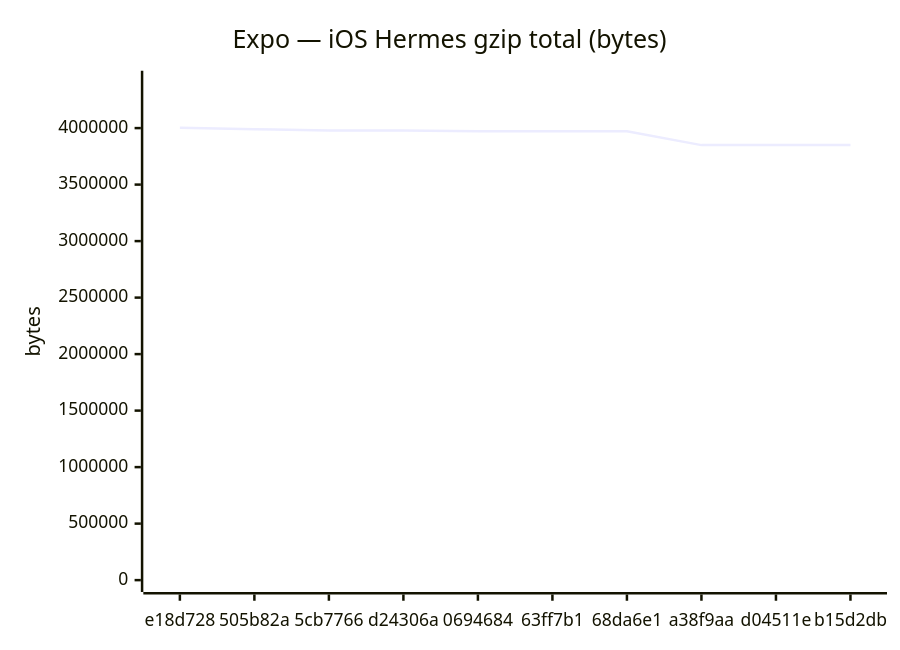
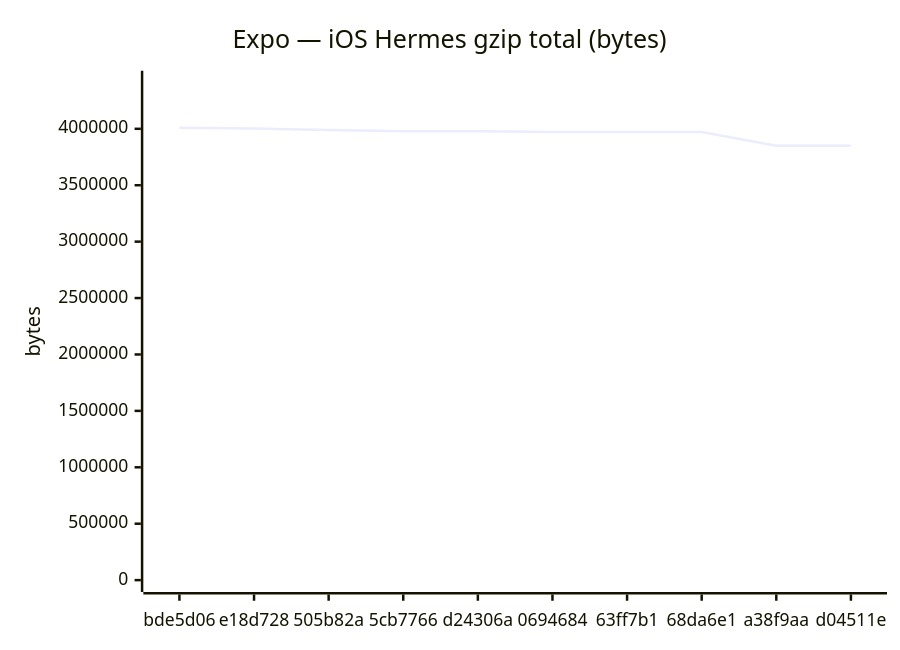
Before and after one commit to Metaheurist/Rianell: the sixth of 18 diagrams in benchmarks/compare.md, drawn with Mermaid. The commit also changed other lines of this file and 11 other files, not shown here.

````diff
--- a/benchmarks/compare.md
+++ b/benchmarks/compare.md
@@ -96,7 +96,7 @@
 ```mermaid
 xychart-beta
     title "Expo — iOS Hermes gzip total (bytes)"
-    x-axis ["e18d728", "505b82a", "5cb7766", "d24306a", "0694684", "63ff7b1", "68da6e1", "a38f9aa", "d04511e", "b15d2db"]
-    y-axis "bytes" 0 --> 4402328
-    line [4002116, 3990384, 3978033, 3978036, 3971946, 3971945, 3971946, 3849365, 3849367, 3849366]
+    x-axis ["bde5d06", "e18d728", "505b82a", "5cb7766", "d24306a", "0694684", "63ff7b1", "68da6e1", "a38f9aa", "d04511e"]
+    y-axis "bytes" 0 --> 4409317
+    line [4008470, 4002116, 3990384, 3978033, 3978036, 3971946, 3971945, 3971946, 3849365, 3849367]
 ```
````
